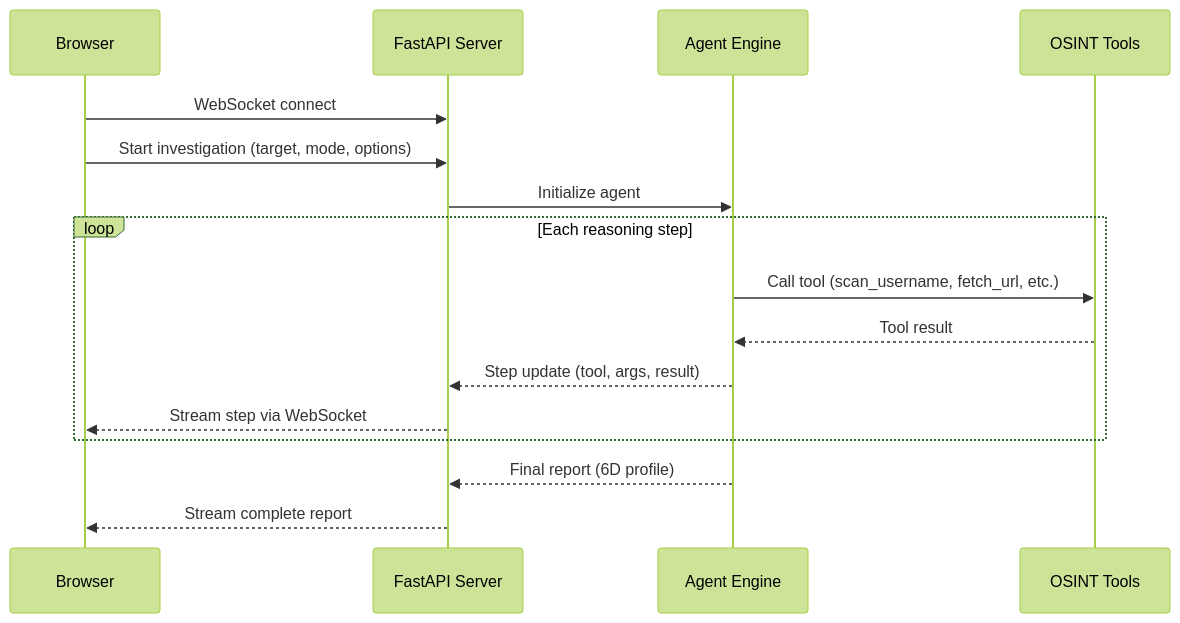
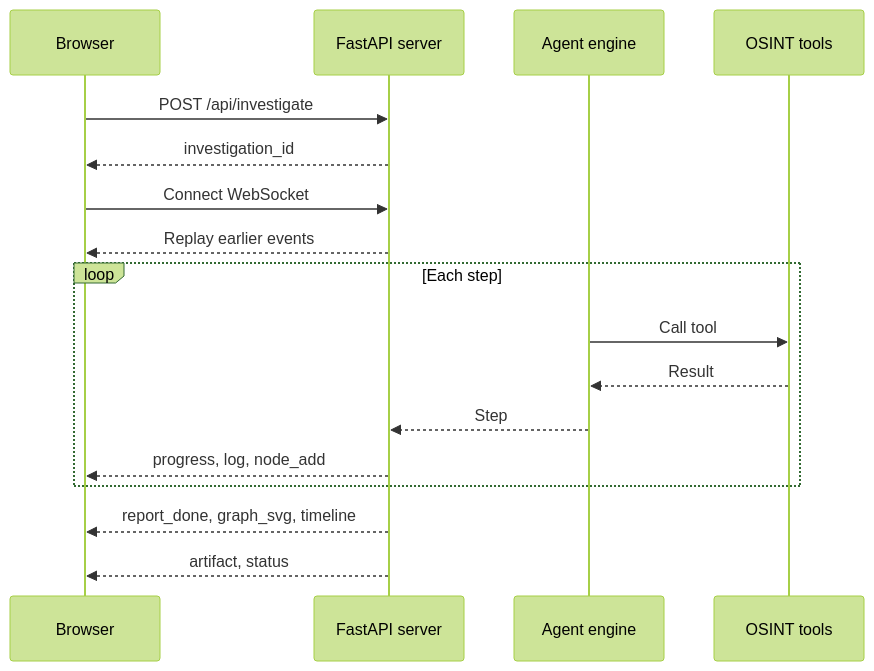
Before and after one commit to Doble-2/osint-d2: the diagram in docs/guides/web-dashboard.md, drawn with Mermaid (forest theme). The commit also changed other lines of this file and 40 other files, not shown here.

````diff
--- a/docs/guides/web-dashboard.md
+++ b/docs/guides/web-dashboard.md
@@ -44,19 +124,20 @@
 ```mermaid
 sequenceDiagram
     participant B as Browser
-    participant S as FastAPI Server
-    participant A as Agent Engine
-    participant T as OSINT Tools
+    participant S as FastAPI server
+    participant A as Agent engine
+    participant T as OSINT tools
 
-    B->>S: WebSocket connect
-    B->>S: Start investigation (target, mode, options)
-    S->>A: Initialize agent
-    loop Each reasoning step
-        A->>T: Call tool (scan_username, fetch_url, etc.)
-        T-->>A: Tool result
-        A-->>S: Step update (tool, args, result)
-        S-->>B: Stream step via WebSocket
+    B->>S: POST /api/investigate
+    S-->>B: investigation_id
+    B->>S: Connect WebSocket
+    S-->>B: Replay earlier events
+    loop Each step
+        A->>T: Call tool
+        T-->>A: Result
+        A-->>S: Step
+        S-->>B: progress, log, node_add
     end
-    A-->>S: Final report (6D profile)
-    S-->>B: Stream complete report
+    S-->>B: report_done, graph_svg, timeline
+    S-->>B: artifact, status
 ```
````
